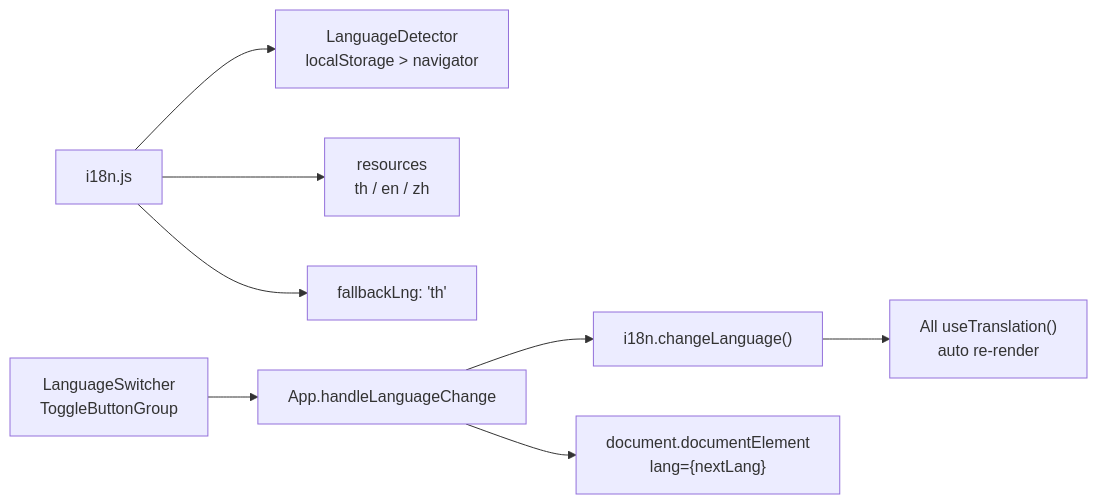
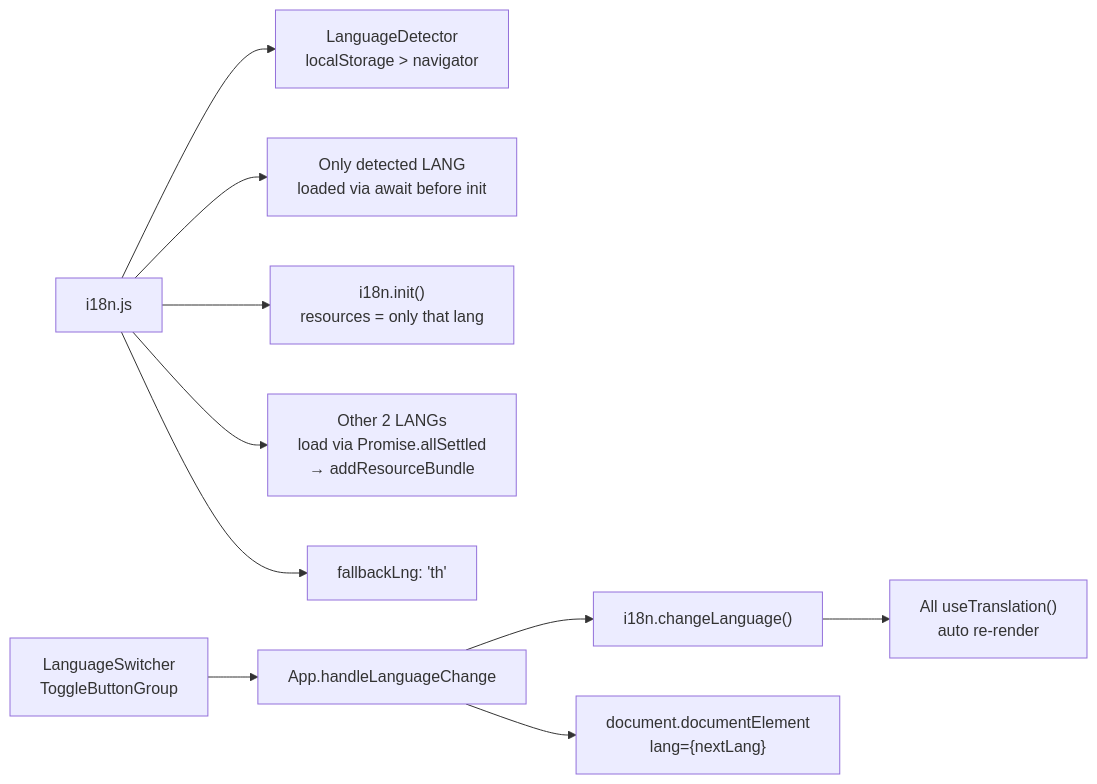
One commit to SolightzZ/assignment-udonexpo2026 changed the third of 9 diagrams in FLOW.md. Above: the diagram before and after it, drawn with Mermaid. The commit also changed other lines of this file and 39 other files, not shown here.

````diff
--- a/FLOW.md
+++ b/FLOW.md
@@ -31,10 +34,12 @@
 ```mermaid
 flowchart LR
-    R["i18n.js"] --> S["LanguageDetector<br/>localStorage > navigator"]
-    R --> T["resources<br/>th / en / zh"]
-    R --> U["fallbackLng: 'th'"]
-    V["LanguageSwitcher<br/>ToggleButtonGroup"] --> W["App.handleLanguageChange"]
-    W --> X["i18n.changeLanguage()"]
-    X --> Y["All useTranslation()<br/>auto re-render"]
-    W --> Z["document.documentElement<br/>lang={nextLang}"]
+    T["i18n.js"] --> U["LanguageDetector<br/>localStorage > navigator"]
+    T --> V["Only detected LANG<br/>loaded via await before init"]
+    T --> W["i18n.init()<br/>resources = only that lang"]
+    T --> X["Other 2 LANGs<br/>load via Promise.allSettled<br/>→ addResourceBundle"]
+    T --> Y["fallbackLng: 'th'"]
+    Z["LanguageSwitcher<br/>ToggleButtonGroup"] --> AA["App.handleLanguageChange"]
+    AA --> AB["i18n.changeLanguage()"]
+    AB --> AC["All useTranslation()<br/>auto re-render"]
+    AA --> AD["document.documentElement<br/>lang={nextLang}"]
 ```
````
